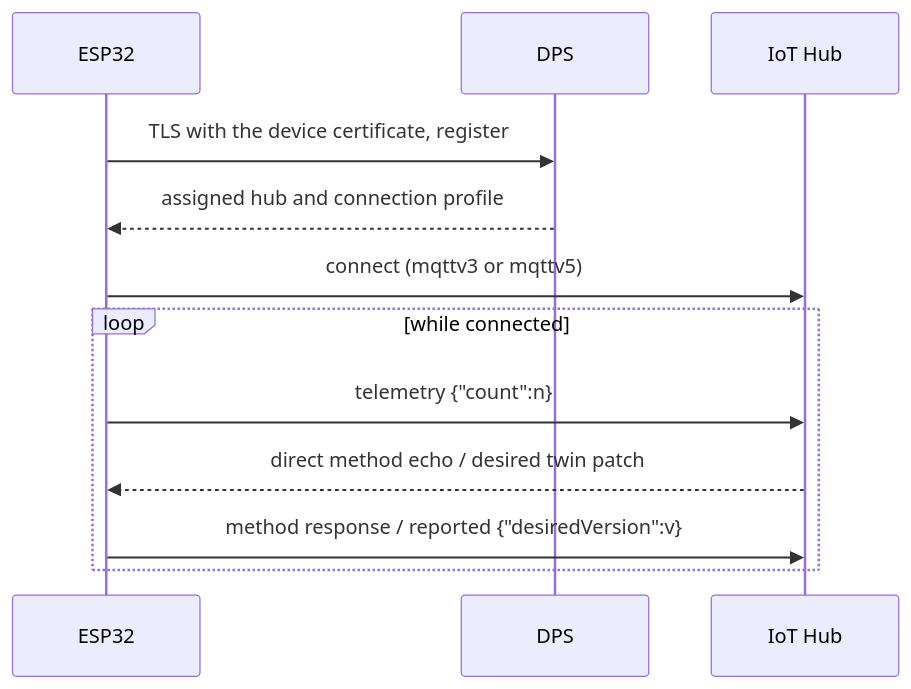
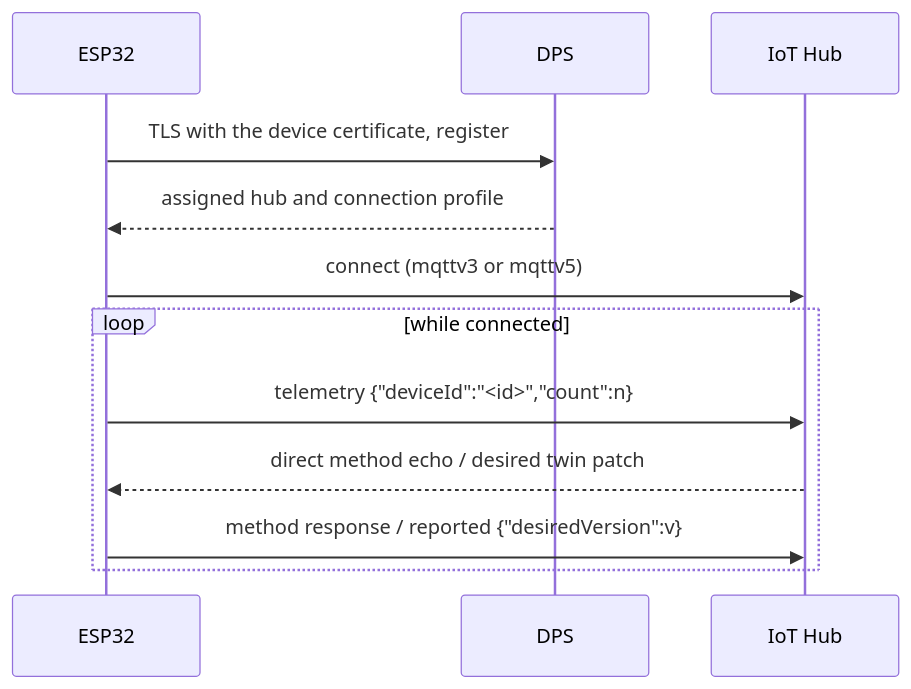
Before and after one commit to Azure/azure-iot-sdk: the diagram in c/samples/unified/esp32/README.md, drawn with Mermaid. The commit also changed other lines of this file and 1 other file, not shown here.

Commit message:
[C] ESP32 IoT Hub sample: device id in the telemetry body
So a test reading the hub's Event Hub endpoint can tell this device's
messages from others'.

````diff
--- a/c/samples/unified/esp32/README.md
+++ b/c/samples/unified/esp32/README.md
@@ -15,14 +15,14 @@
 ```mermaid
 sequenceDiagram
     participant D as ESP32
     participant DPS
     participant Hub as IoT Hub
     D->>DPS: TLS with the device certificate, register
     DPS-->>D: assigned hub and connection profile
     D->>Hub: connect (mqttv3 or mqttv5)
     loop while connected
-        D->>Hub: telemetry {"count":n}
+        D->>Hub: telemetry {"deviceId":"<id>","count":n}
         Hub-->>D: direct method echo / desired twin patch
         D->>Hub: method response / reported {"desiredVersion":v}
     end
 ```
````
